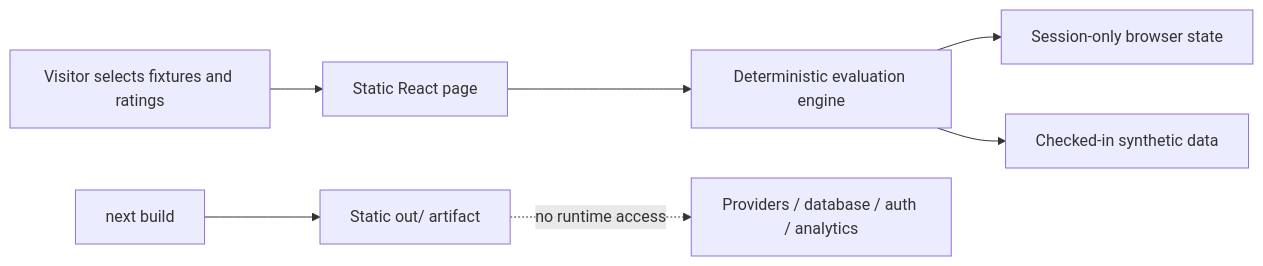
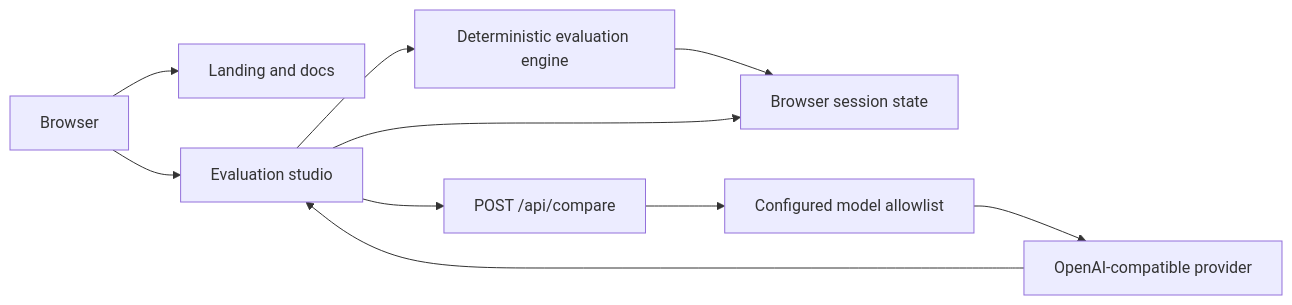
Before and after one commit to Schramm2/umbono-dashboard: the diagram in README.md, drawn with Mermaid. The commit also changed other lines of this file and 31 other files, not shown here.

First line of the commit message:
Turn Umbono into an open-source evaluation product

````diff
--- a/README.md
+++ b/README.md
@@ -42,9 +76,12 @@
 ```mermaid
 flowchart LR
-    Input["Visitor selects fixtures and ratings"] --> Page["Static React page"]
-    Page --> Engine["Deterministic evaluation engine"]
-    Engine --> Memory["Session-only browser state"]
-    Engine --> Fixtures["Checked-in synthetic data"]
-    Build["next build"] --> Output["Static out/ artifact"]
-    Output -. "no runtime access" .-> External["Providers / database / auth / analytics"]
+    Visitor["Browser"] --> Landing["Landing and docs"]
+    Visitor --> Studio["Evaluation studio"]
+    Studio --> Demo["Deterministic evaluation engine"]
+    Demo --> Memory["Browser session state"]
+    Studio --> Compare["POST /api/compare"]
+    Compare --> Allowlist["Configured model allowlist"]
+    Allowlist --> Provider["OpenAI-compatible provider"]
+    Provider --> Studio
+    Studio --> Memory
 ```
````
